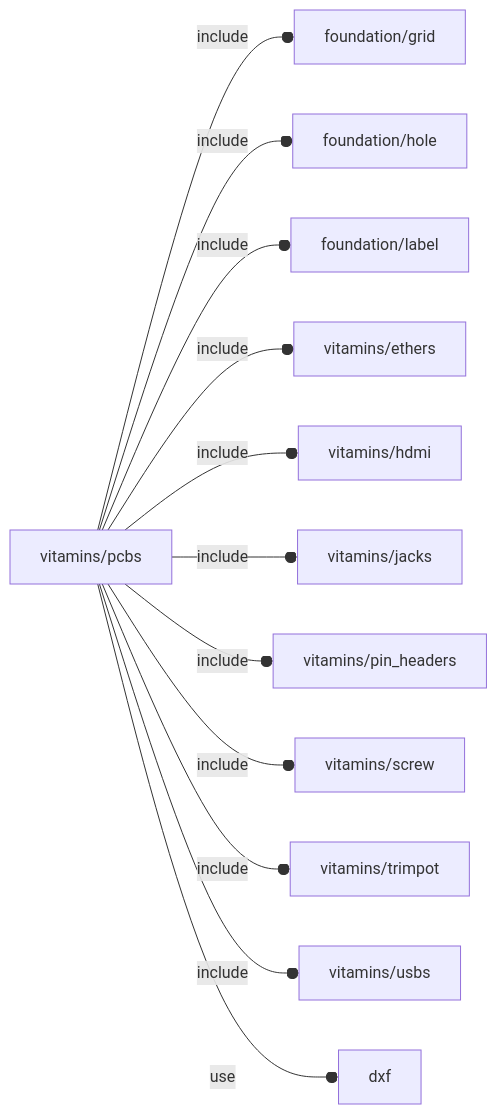
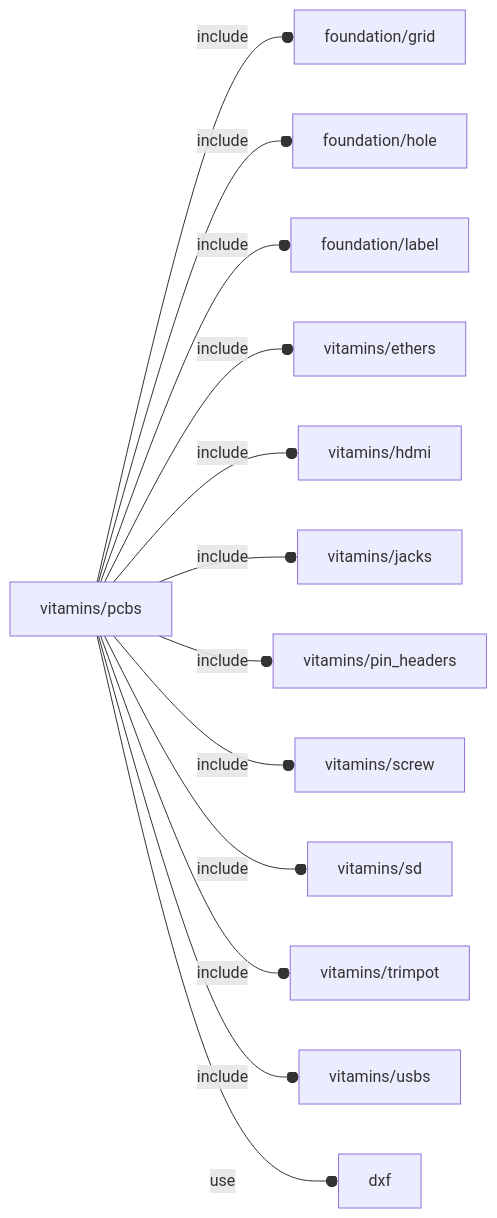
The diagram in orthodocs/vitamins/pcbs.md (ggabbiani/OFL), drawn with Mermaid before and after one commit. The commit also changed other lines of this file and 5 other files, not shown here.

````diff
--- a/orthodocs/vitamins/pcbs.md
+++ b/orthodocs/vitamins/pcbs.md
@@ -5,14 +5,15 @@
 ```mermaid
 graph LR
     A1[vitamins/pcbs] --o|include| A2[foundation/grid]
     A1 --o|include| A3[foundation/hole]
     A1 --o|include| A4[foundation/label]
     A1 --o|include| A5[vitamins/ethers]
     A1 --o|include| A6[vitamins/hdmi]
     A1 --o|include| A7[vitamins/jacks]
     A1 --o|include| A8[vitamins/pin_headers]
     A1 --o|include| A9[vitamins/screw]
-    A1 --o|include| A10[vitamins/trimpot]
-    A1 --o|include| A11[vitamins/usbs]
-    A1 --o|use| A12[dxf]
+    A1 --o|include| A10[vitamins/sd]
+    A1 --o|include| A11[vitamins/trimpot]
+    A1 --o|include| A12[vitamins/usbs]
+    A1 --o|use| A13[dxf]
 ```
````
